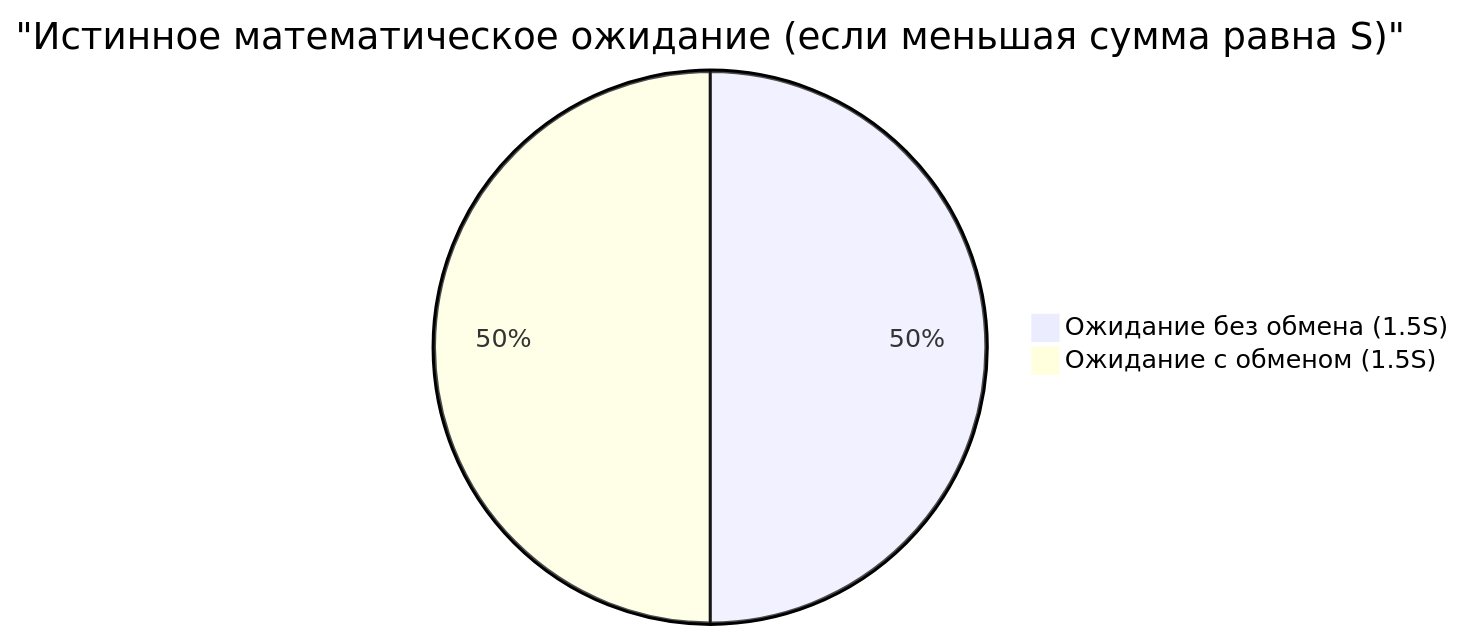
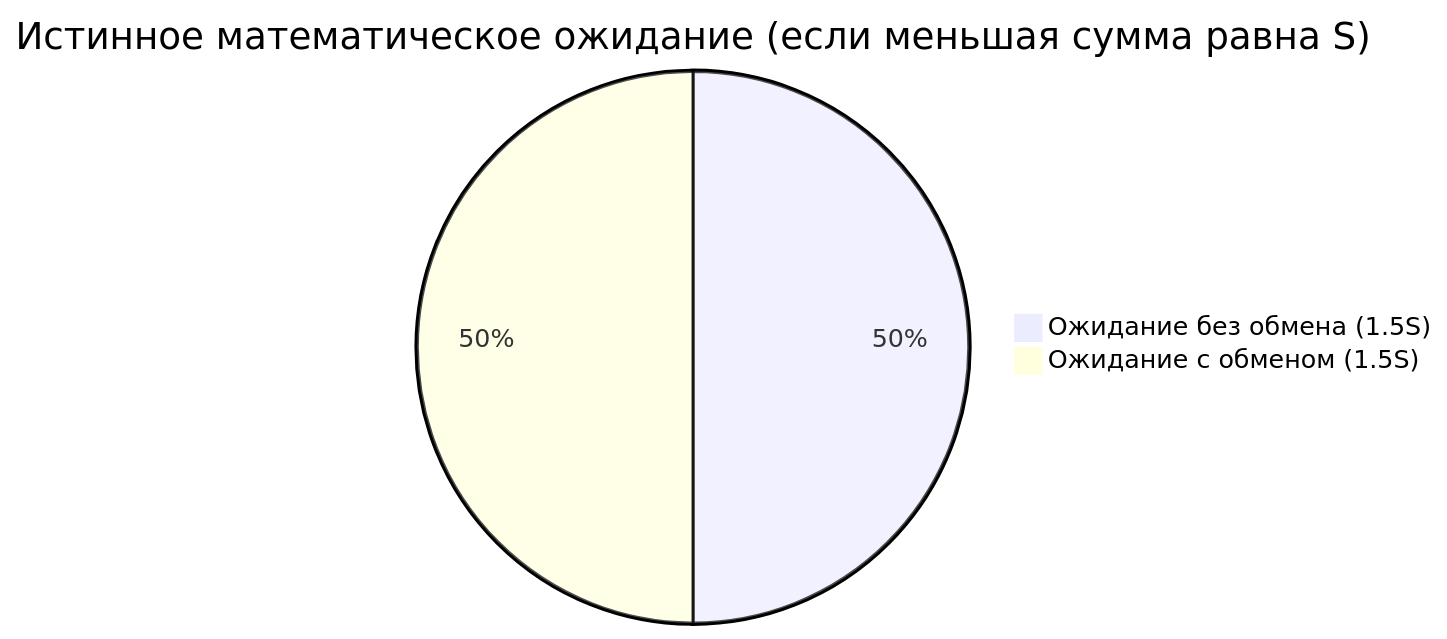
One commit to kenjinote/blog changed the second of 2 diagrams in content/post/2つの封筒のパラドックス/index.ru.md. Above: the diagram before and after it, drawn with Mermaid. The commit also changed other lines of this file and 703 other files, not shown here.

Commit message:
Fix: Remove quotes from Mermaid link texts and timeline definitions to support Mermaid 11.4.1

````diff
--- a/content/post/2つの封筒のパラドックス/index.ru.md
+++ b/content/post/2つの封筒のパラドックス/index.ru.md
@@ -113,5 +113,5 @@
 ```mermaid
-pie title "Истинное математическое ожидание (если меньшая сумма равна S)"
+pie title Истинное математическое ожидание (если меньшая сумма равна S)
     "Ожидание без обмена (1.5S)" : 50
     "Ожидание с обменом (1.5S)" : 50
 ```
````
